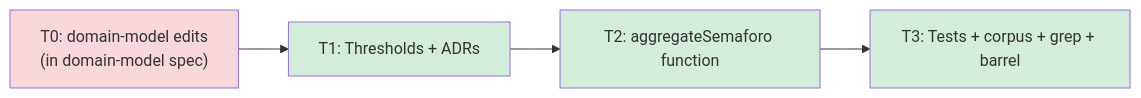
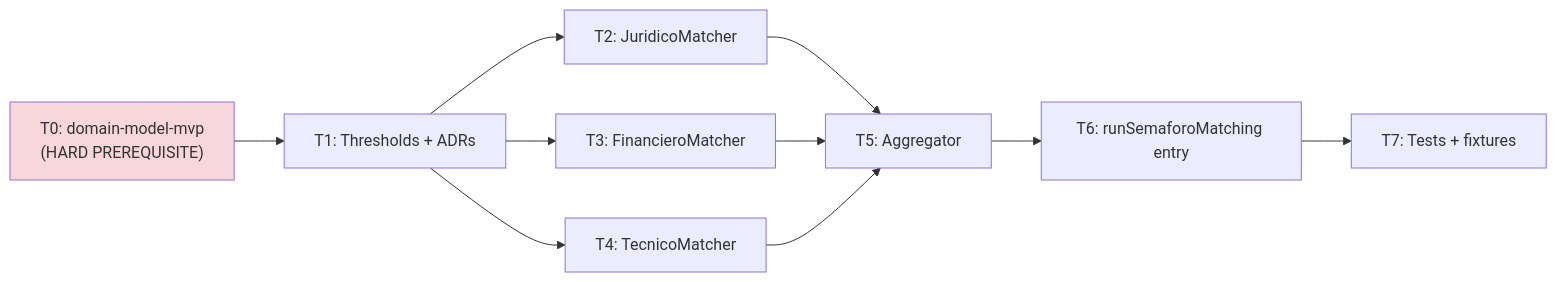
The third of 3 diagrams in docs/semaforo-aggregation/feat/00-overview.md (agentezai/coltratos), drawn with Mermaid before and after one commit. The commit also changed other lines of this file and 18 other files, not shown here.

First line of the commit message:
docs(semaforo-aggregation): rev 2 — matching + aggregation pipeline, per-tipo rules, confidence formulas

````diff
--- a/docs/semaforo-aggregation/feat/00-overview.md
+++ b/docs/semaforo-aggregation/feat/00-overview.md
@@ -107,16 +95,23 @@
 ```mermaid
 flowchart LR
-    T0["T0: domain-model edits\n(in domain-model spec)"]
+    T0["T0: domain-model-mvp\n(HARD PREREQUISITE)"]
     T1["T1: Thresholds + ADRs"]
-    T2["T2: aggregateSemaforo function"]
-    T3["T3: Tests + corpus + grep + barrel"]
+    T2["T2: JuridicoMatcher"]
+    T3["T3: FinancieroMatcher"]
+    T4["T4: TecnicoMatcher"]
+    T5["T5: Aggregator"]
+    T6["T6: runSemaforoMatching entry"]
+    T7["T7: Tests + fixtures"]
 
     T0 --> T1
     T1 --> T2
-    T2 --> T3
+    T1 --> T3
+    T1 --> T4
+    T2 --> T5
+    T3 --> T5
+    T4 --> T5
+    T5 --> T6
+    T6 --> T7
 
     style T0 fill:#f8d7da
-    style T1 fill:#d4edda
-    style T2 fill:#d4edda
-    style T3 fill:#d4edda
 ```
````
